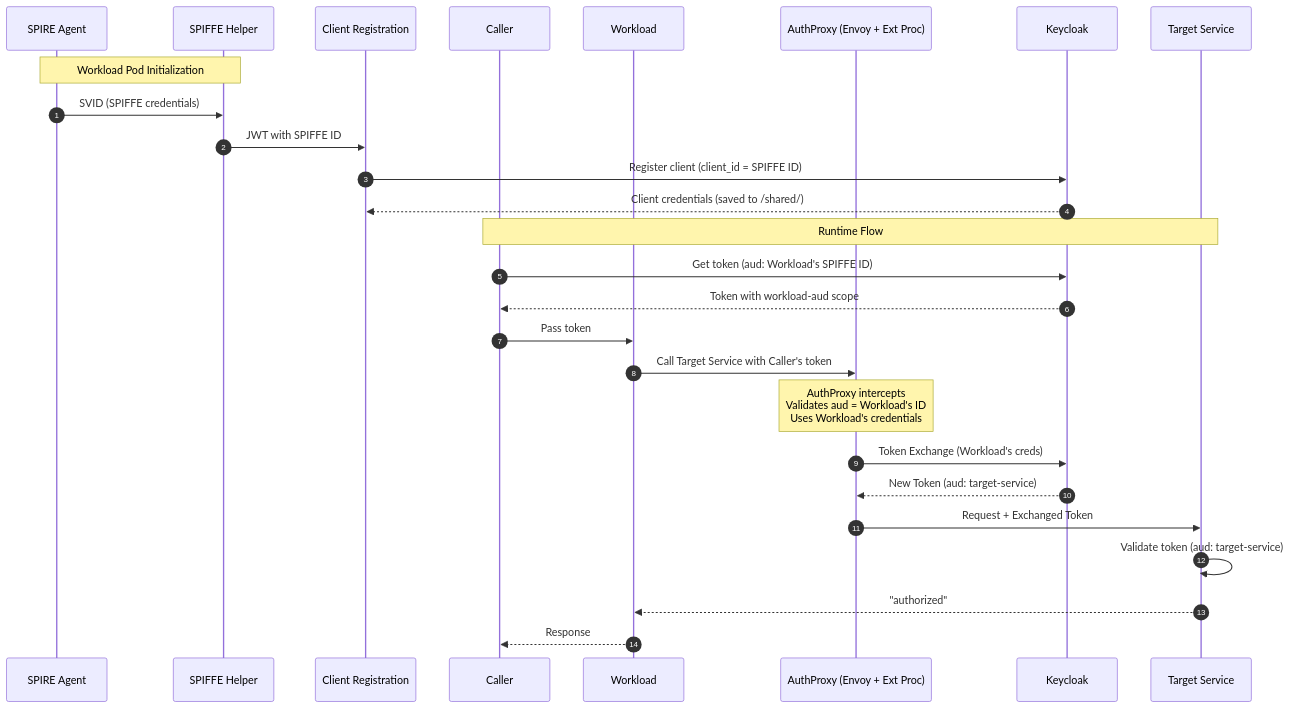
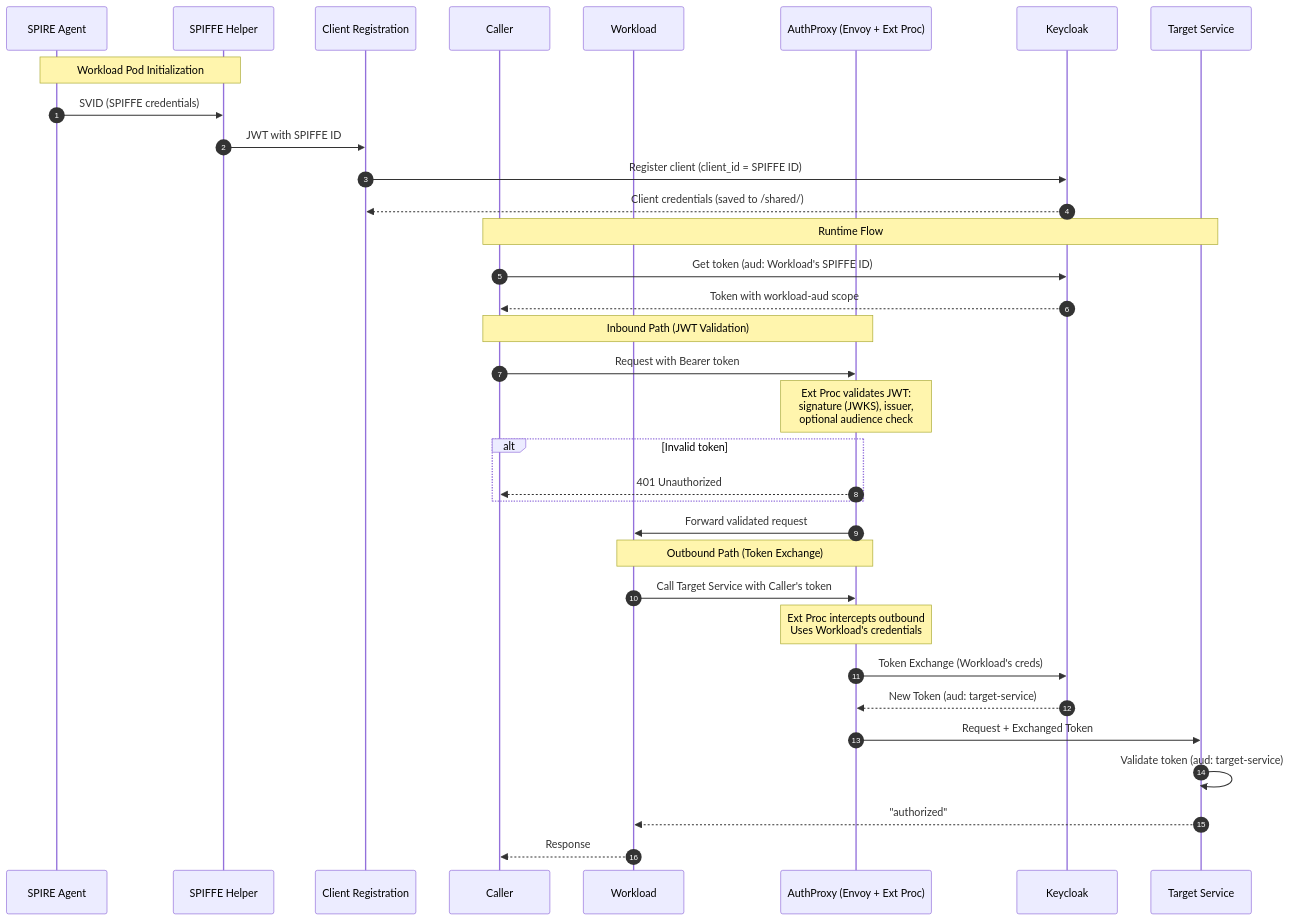
Before and after one commit to cwiklik/kagenti-extensions: the second of 2 diagrams in AuthBridge/README.md, drawn with Mermaid. The commit also changed other lines of this file, not shown here.

First line of the commit message:
docs: Update AuthBridge README diagrams to reflect inbound JWT validation

````diff
--- a/AuthBridge/README.md
+++ b/AuthBridge/README.md
@@ -202,35 +229,43 @@
 ```mermaid
 sequenceDiagram
     autonumber
     participant SPIRE as SPIRE Agent
     participant Helper as SPIFFE Helper
     participant Reg as Client Registration
     participant Caller as Caller
     participant App as Workload
     participant Envoy as AuthProxy (Envoy + Ext Proc)
     participant KC as Keycloak
     participant Target as Target Service
 
     Note over Helper,SPIRE: Workload Pod Initialization
     SPIRE->>Helper: SVID (SPIFFE credentials)
     Helper->>Reg: JWT with SPIFFE ID
     Reg->>KC: Register client (client_id = SPIFFE ID)
     KC-->>Reg: Client credentials (saved to /shared/)
 
     Note over Caller,Target: Runtime Flow
     Caller->>KC: Get token (aud: Workload's SPIFFE ID)
     KC-->>Caller: Token with workload-aud scope
-    
-    Caller->>App: Pass token
+
+    Note over Caller,Envoy: Inbound Path (JWT Validation)
+    Caller->>Envoy: Request with Bearer token
+    Note over Envoy: Ext Proc validates JWT:<br/>signature (JWKS), issuer,<br/>optional audience check
+    alt Invalid token
+        Envoy-->>Caller: 401 Unauthorized
+    end
+    Envoy->>App: Forward validated request
+
+    Note over App,Envoy: Outbound Path (Token Exchange)
     App->>Envoy: Call Target Service with Caller's token
-    
-    Note over Envoy: AuthProxy intercepts<br/>Validates aud = Workload's ID<br/>Uses Workload's credentials
-    
+
+    Note over Envoy: Ext Proc intercepts outbound<br/>Uses Workload's credentials
+
     Envoy->>KC: Token Exchange (Workload's creds)
     KC-->>Envoy: New Token (aud: target-service)
-    
+
     Envoy->>Target: Request + Exchanged Token
     Target->>Target: Validate token (aud: target-service)
     Target-->>App: "authorized"
     App-->>Caller: Response
 ```
````
